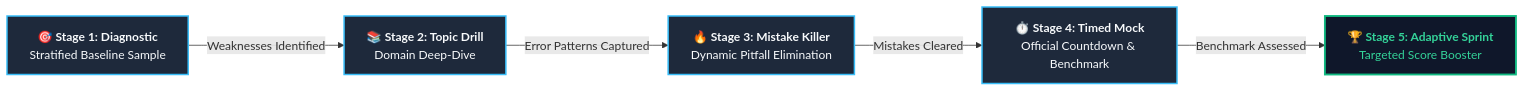
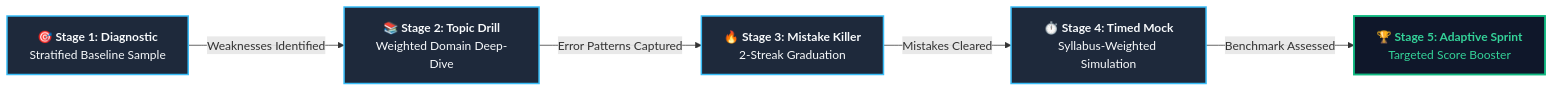
One commit to datafibers/exam_forge changed the second of 3 diagrams in DESIGN.md. Above: the diagram before and after it, drawn with Mermaid. The commit also changed other lines of this file and 9 other files, not shown here.

Commit message:
feat: add fill-in-the-blank type, syllabus domain weights, adaptive weighted sampling, 2-streak mistake graduation, nested LaTeX, single-lang fallback, and batch merge script

````diff
--- a/DESIGN.md
+++ b/DESIGN.md
@@ -50,16 +51,16 @@
 ```mermaid
 flowchart LR
   classDef stage fill:#1e293b,stroke:#38bdf8,stroke-width:2px,color:#f8fafc;
   classDef goal fill:#0f172a,stroke:#10b981,stroke-width:2.5px,color:#34d399;
 
   S1["🎯 <b>Stage 1: Diagnostic</b><br/>Stratified Baseline Sample"]:::stage
-  S2["📚 <b>Stage 2: Topic Drill</b><br/>Domain Deep-Dive"]:::stage
-  S3["🔥 <b>Stage 3: Mistake Killer</b><br/>Dynamic Pitfall Elimination"]:::stage
-  S4["⏱️ <b>Stage 4: Timed Mock</b><br/>Official Countdown & Benchmark"]:::stage
+  S2["📚 <b>Stage 2: Topic Drill</b><br/>Weighted Domain Deep-Dive"]:::stage
+  S3["🔥 <b>Stage 3: Mistake Killer</b><br/>2-Streak Graduation"]:::stage
+  S4["⏱️ <b>Stage 4: Timed Mock</b><br/>Syllabus-Weighted Simulation"]:::stage
   S5["🏆 <b>Stage 5: Adaptive Sprint</b><br/>Targeted Score Booster"]:::goal
 
   S1 -->|Weaknesses Identified| S2
   S2 -->|Error Patterns Captured| S3
   S3 -->|Mistakes Cleared| S4
   S4 -->|Benchmark Assessed| S5
 ```
````
